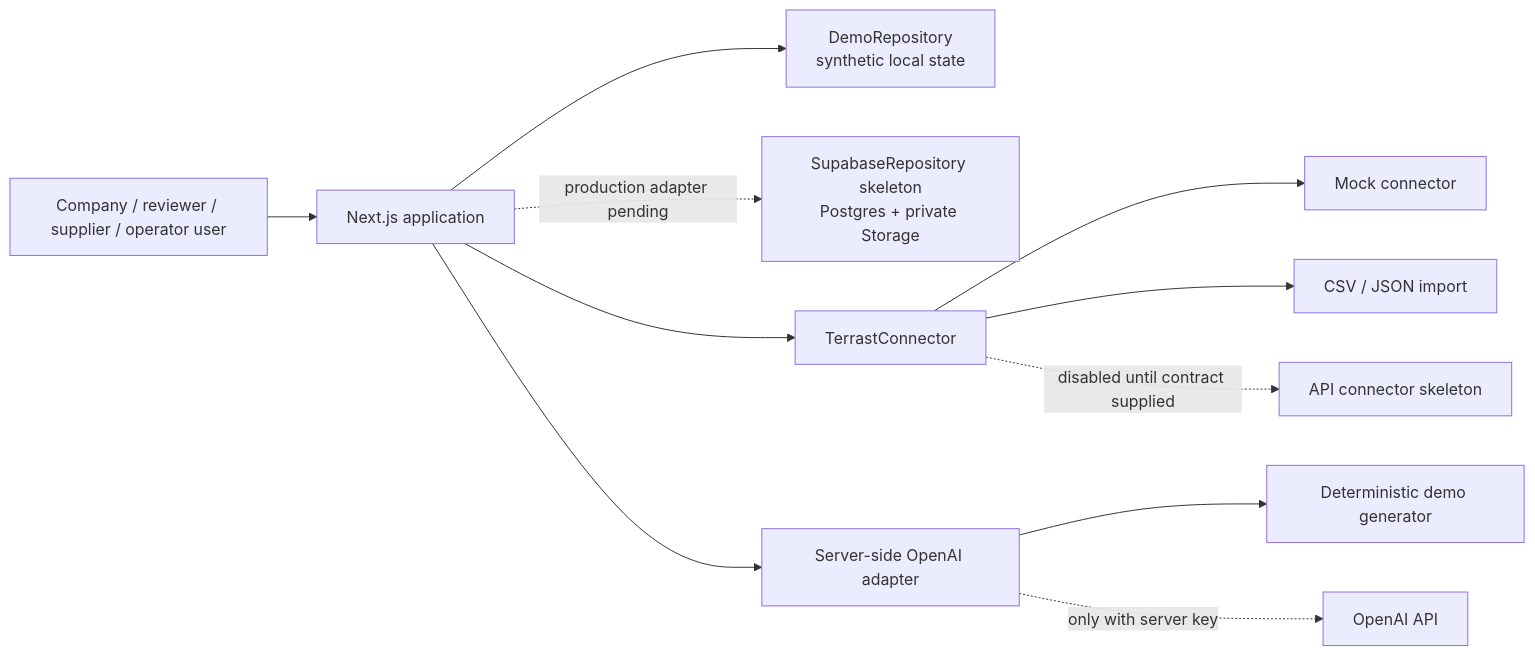
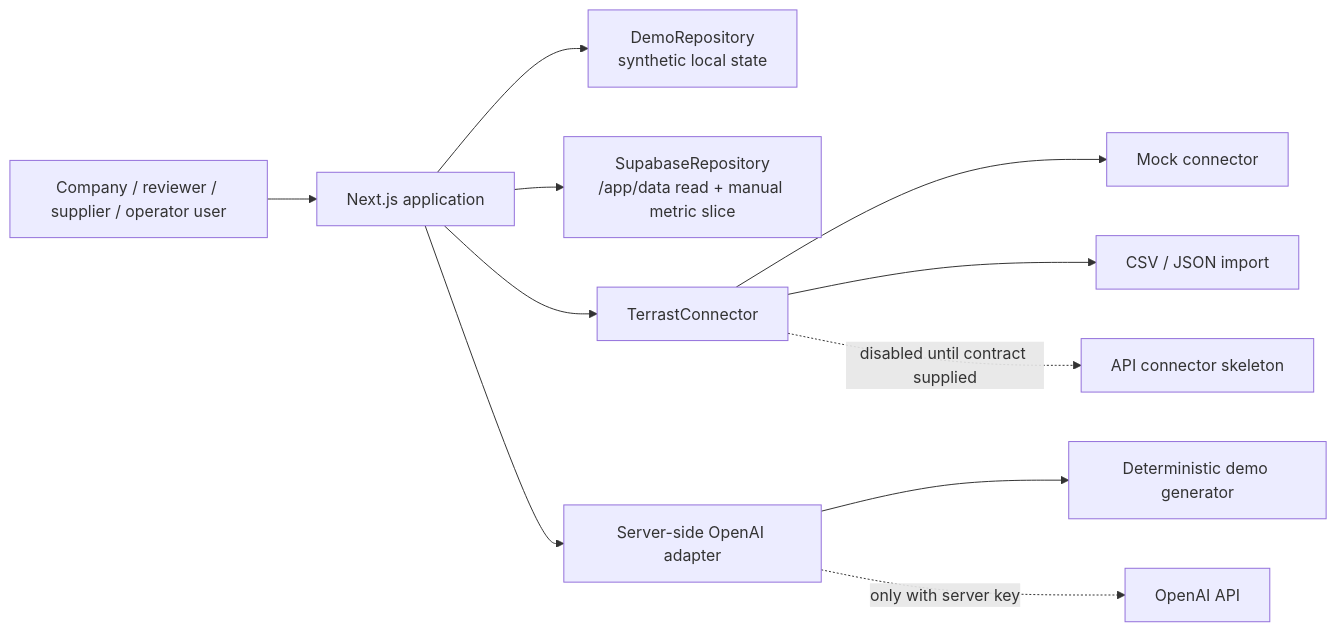
The first of 3 diagrams in docs/ARCHITECTURE.md (kotakase2022-jpg/gprnt), drawn with Mermaid before and after one commit. The commit also changed other lines of this file and 45 other files, not shown here.

First line of the commit message:
Add audited Supabase metric data slice (#4)

````diff
--- a/docs/ARCHITECTURE.md
+++ b/docs/ARCHITECTURE.md
@@ -9,13 +9,13 @@
 ```mermaid
 flowchart LR
   U["Company / reviewer / supplier / operator user"] --> N["Next.js application"]
   N --> D["DemoRepository<br/>synthetic local state"]
-  N -. "production adapter pending" .-> S["SupabaseRepository skeleton<br/>Postgres + private Storage"]
+  N --> S["SupabaseRepository<br/>/app/data read + manual metric slice"]
   N --> C["TerrastConnector"]
   C --> M["Mock connector"]
   C --> I["CSV / JSON import"]
   C -. "disabled until contract supplied" .-> A["API connector skeleton"]
   N --> O["Server-side OpenAI adapter"]
   O --> X["Deterministic demo generator"]
   O -. "only with server key" .-> API["OpenAI API"]
 ```
````
